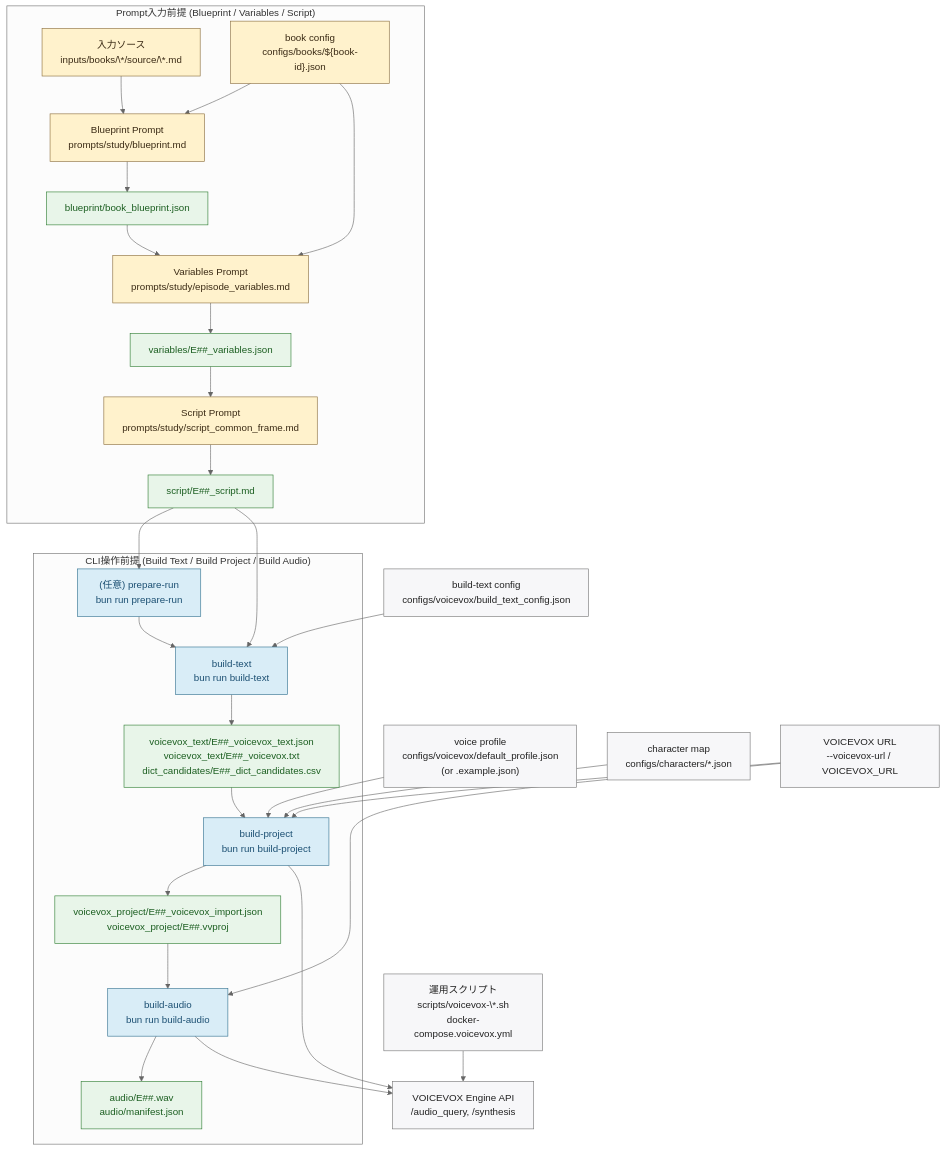
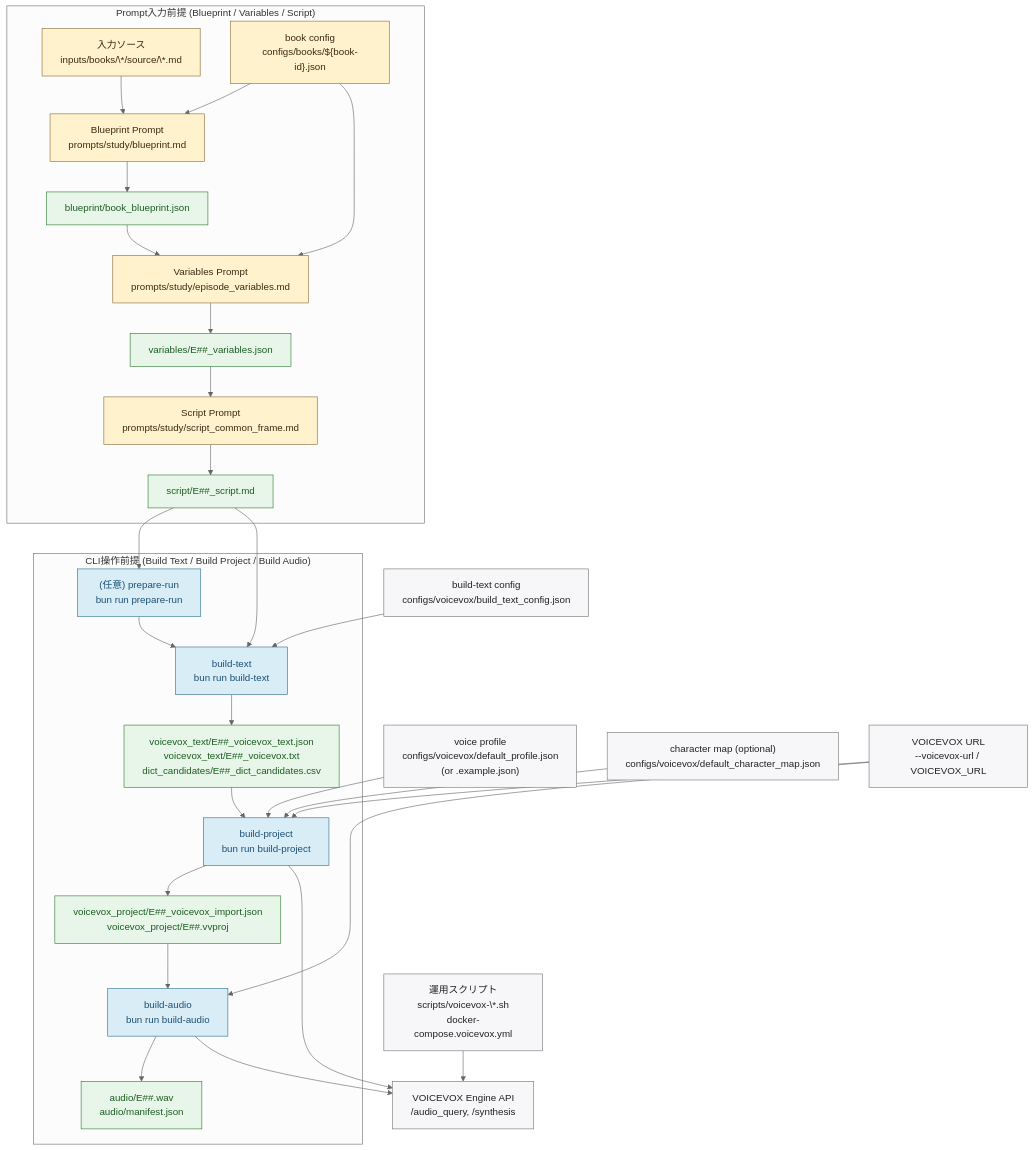
The diagram in docs/architecture/pipeline.md (niroe5tar64/narrative-vox), drawn with Mermaid (neutral theme) before and after one commit. The commit also changed other lines of this file and 7 other files, not shown here.

````diff
--- a/docs/architecture/pipeline.md
+++ b/docs/architecture/pipeline.md
@@ -12,64 +12,64 @@
 ```mermaid
 flowchart TB
   subgraph PromptFlow["Prompt入力前提 (Blueprint / Variables / Script)"]
     S["入力ソース<br/>inputs/books/\*/source/\*.md"]
     BCFG["book config<br/>configs/books/${book-id}.json"]
     P1["Blueprint Prompt<br/>prompts/study/blueprint.md"]
     O1["blueprint/book_blueprint.json"]
     P2["Variables Prompt<br/>prompts/study/episode_variables.md"]
     O2["variables/E##_variables.json"]
     P3["Script Prompt<br/>prompts/study/script_common_frame.md"]
     O3["script/E##_script.md"]
     S --> P1
     BCFG --> P1
     P1 --> O1
     O1 --> P2
     BCFG --> P2
     P2 --> O2
     O2 --> P3
     P3 --> O3
   end
 
   subgraph CliFlow["CLI操作前提 (Build Text / Build Project / Build Audio)"]
     C0["(任意) prepare-run<br/>bun run prepare-run"]
     C1["build-text<br/>bun run build-text"]
     C2["build-project<br/>bun run build-project"]
     C3["build-audio<br/>bun run build-audio"]
     O4["voicevox_text/E##_voicevox_text.json<br/>voicevox_text/E##_voicevox.txt<br/>dict_candidates/E##_dict_candidates.csv"]
     O5["voicevox_project/E##_voicevox_import.json<br/>voicevox_project/E##.vvproj"]
     O6["audio/E##.wav<br/>audio/manifest.json"]
     C0 --> C1
     C1 --> O4
     O4 --> C2
     C2 --> O5
     O5 --> C3
     C3 --> O6
   end
 
   CFG4["build-text config<br/>configs/voicevox/build_text_config.json"]
   CFG5P["voice profile<br/>configs/voicevox/default_profile.json<br/>(or .example.json)"]
-  CFG5S["character map<br/>configs/characters/*.json"]
+  CFG5S["character map (optional)<br/>configs/voicevox/default_character_map.json"]
   VXURL["VOICEVOX URL<br/>--voicevox-url / VOICEVOX_URL"]
   VXAPI["VOICEVOX Engine API<br/>/audio_query, /synthesis"]
   VXSCRIPT["運用スクリプト<br/>scripts/voicevox-\*.sh<br/>docker-compose.voicevox.yml"]
 
   O3 --> C0
   O3 --> C1
   CFG4 --> C1
   CFG5P --> C2
   CFG5S --> C2
   VXURL --> C2
   VXURL --> C3
   VXSCRIPT --> VXAPI
   C2 --> VXAPI
   C3 --> VXAPI
 
   classDef prompt fill:#fff2cc,stroke:#8a6d3b,color:#3a2a14;
   classDef cli fill:#d9edf7,stroke:#31708f,color:#1b4f72;
   classDef cfg fill:#f7f7f9,stroke:#777,color:#222;
   classDef out fill:#e8f5e9,stroke:#2e7d32,color:#1b5e20;
   class S,BCFG,P1,P2,P3 prompt;
   class C0,C1,C2,C3 cli;
   class CFG4,CFG5P,CFG5S,VXURL,VXAPI,VXSCRIPT cfg;
   class O1,O2,O3,O4,O5,O6 out;
 ```
````
